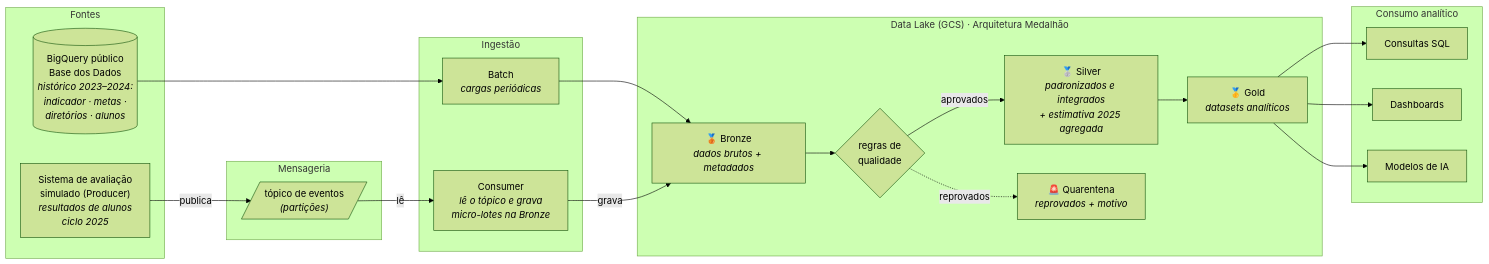
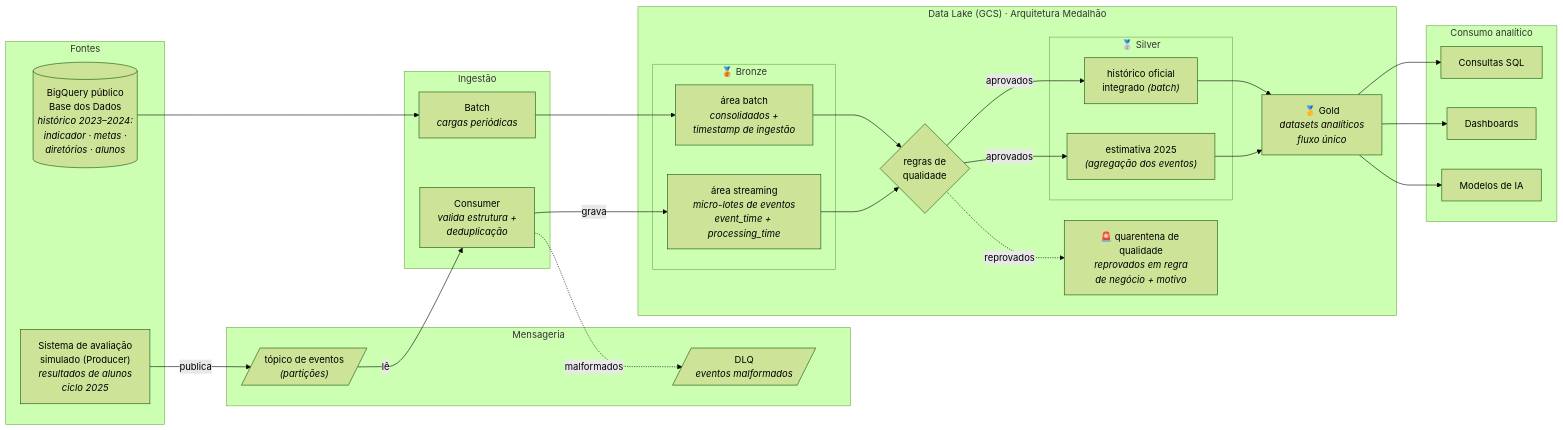
One commit to pedrohm1986b/Tech_Challenge_RM373453_pipeline_alfabetizacao changed the diagram in README.md. Above: the diagram before and after it, drawn with Mermaid (forest theme). The commit also changed other lines of this file, not shown here.

Commit message:
docs: diagrama v3 com camadas abertas (batch x streaming) e DLQ
Versao aprovada em revisao mas nao commitada na PR anterior:
- Bronze aberta em area batch e area streaming (com event_time e
  processing_time nos eventos)
- Silver aberta em historico oficial e estimativa 2025
- Gold marcada como fluxo unico
- DLQ na raia de mensageria, alimentada pelo consumer (malformados)
- Fluxo 4.3: consumer com deduplicacao e distincao DLQ x quarentena

````diff
--- a/README.md
+++ b/README.md
@@ -115,40 +115,51 @@
 ```mermaid
 flowchart LR
     subgraph F["Fontes"]
         BD[("BigQuery público<br>Base dos Dados<br><i>histórico 2023–2024:<br>indicador · metas ·<br>diretórios · alunos</i>")]
         SIM["Sistema de avaliação<br>simulado (Producer)<br><i>resultados de alunos<br>ciclo 2025</i>"]
     end
 
     subgraph M["Mensageria"]
         T[/"tópico de eventos<br><i>(partições)</i>"/]
+        DLQ[/"DLQ<br><i>eventos malformados</i>"/]
     end
 
     subgraph I["Ingestão"]
         B1["Batch<br><i>cargas periódicas</i>"]
-        C["Consumer<br><i>lê o tópico e grava<br>micro-lotes na Bronze</i>"]
+        C["Consumer<br><i>valida estrutura +<br>deduplicação</i>"]
     end
 
     subgraph L["Data Lake (GCS) · Arquitetura Medalhão"]
-        BR["🥉 Bronze<br><i>dados brutos + metadados</i>"]
+        subgraph BZ["🥉 Bronze"]
+            BZB["área batch<br><i>consolidados +<br>timestamp de ingestão</i>"]
+            BZS["área streaming<br><i>micro-lotes de eventos<br>event_time + processing_time</i>"]
+        end
         Q{"regras de<br>qualidade"}
-        SV["🥈 Silver<br><i>padronizados e integrados<br>+ estimativa 2025 agregada</i>"]
-        QA["🚨 Quarentena<br><i>reprovados + motivo</i>"]
-        GD["🥇 Gold<br><i>datasets analíticos</i>"]
+        subgraph SV["🥈 Silver"]
+            SVH["histórico oficial<br>integrado <i>(batch)</i>"]
+            SVE["estimativa 2025<br><i>(agregação dos eventos)</i>"]
+        end
+        QA["🚨 quarentena de qualidade<br><i>reprovados em regra<br>de negócio + motivo</i>"]
+        GD["🥇 Gold<br><i>datasets analíticos<br>fluxo único</i>"]
     end
 
     subgraph CO["Consumo analítico"]
         SQL["Consultas SQL"]
         DB["Dashboards"]
         ML["Modelos de IA"]
     end
 
-    BD --> B1 --> BR
-    SIM -->|publica| T -->|lê| C -->|grava| BR
-    BR --> Q
-    Q -->|aprovados| SV
+    BD --> B1 --> BZB
+    SIM -->|publica| T -->|lê| C -->|grava| BZS
+    C -.->|malformados| DLQ
+    BZB --> Q
+    BZS --> Q
+    Q -->|aprovados| SVH
+    Q -->|aprovados| SVE
     Q -.->|reprovados| QA
-    SV --> GD
+    SVH --> GD
+    SVE --> GD
     GD --> SQL
     GD --> DB
     GD --> ML
 ```
````
